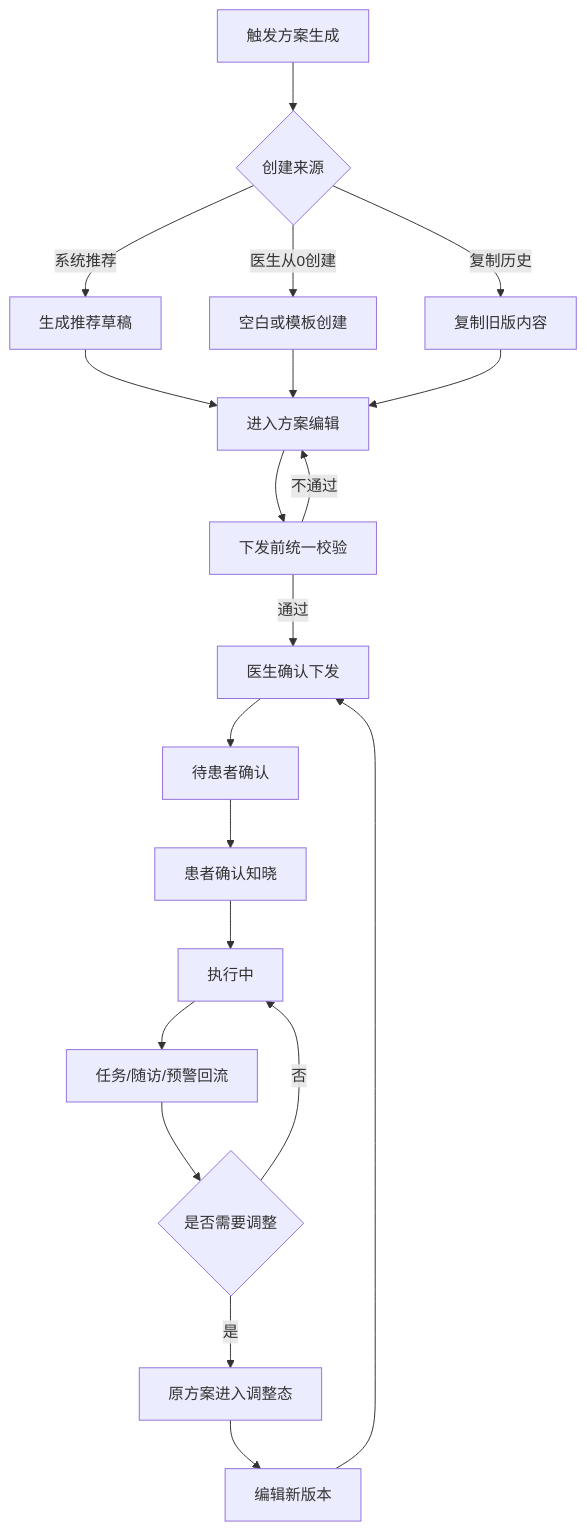
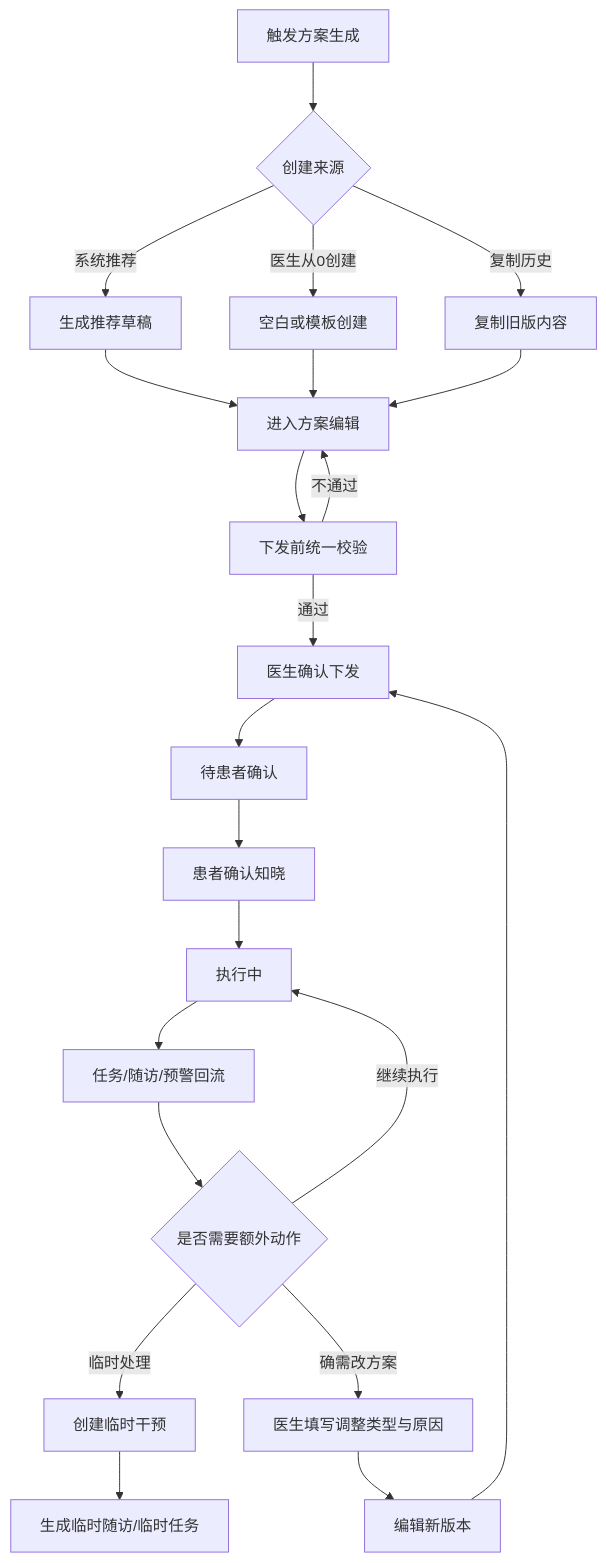
One commit to supersuperman666/twin changed the diagram in docs/prd/管理方案闭环PRD.md. Above: the diagram before and after it, drawn with Mermaid. The commit also changed other lines of this file and 17 other files, not shown here.

````diff
--- a/docs/prd/管理方案闭环PRD.md
+++ b/docs/prd/管理方案闭环PRD.md
@@ -41,22 +48,24 @@
 ```mermaid
 flowchart TD
   A["触发方案生成"] --> B{"创建来源"}
   B -->|系统推荐| C["生成推荐草稿"]
   B -->|医生从0创建| D["空白或模板创建"]
   B -->|复制历史| E["复制旧版内容"]
   C --> F["进入方案编辑"]
   D --> F
   E --> F
   F --> G["下发前统一校验"]
   G -->|不通过| F
   G -->|通过| H["医生确认下发"]
   H --> I["待患者确认"]
   I --> J["患者确认知晓"]
   J --> K["执行中"]
   K --> L["任务/随访/预警回流"]
-  L --> M{"是否需要调整"}
-  M -->|否| K
-  M -->|是| N["原方案进入调整态"]
-  N --> O["编辑新版本"]
-  O --> H
+  L --> M{"是否需要额外动作"}
+  M -->|继续执行| K
+  M -->|临时处理| N["创建临时干预"]
+  N --> O["生成临时随访/临时任务"]
+  M -->|确需改方案| P["医生填写调整类型与原因"]
+  P --> Q["编辑新版本"]
+  Q --> H
 ```
````
